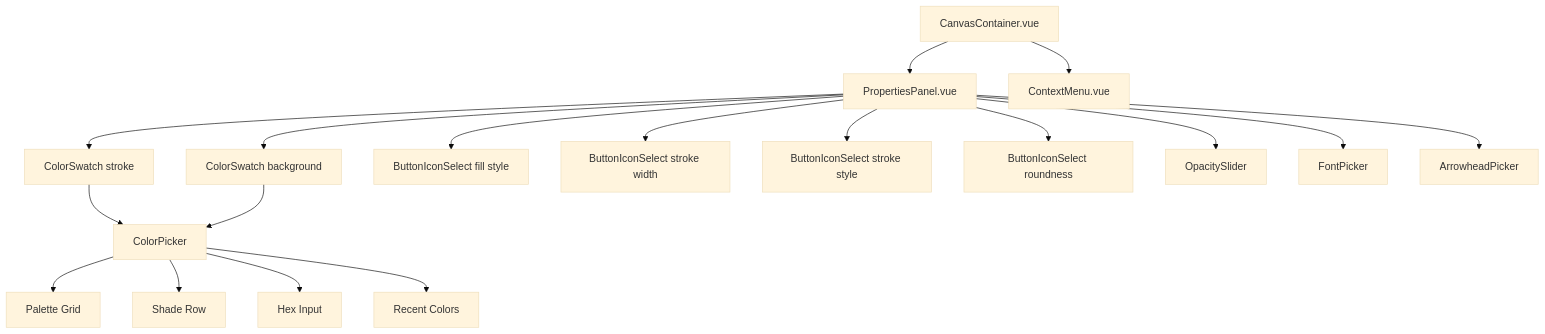
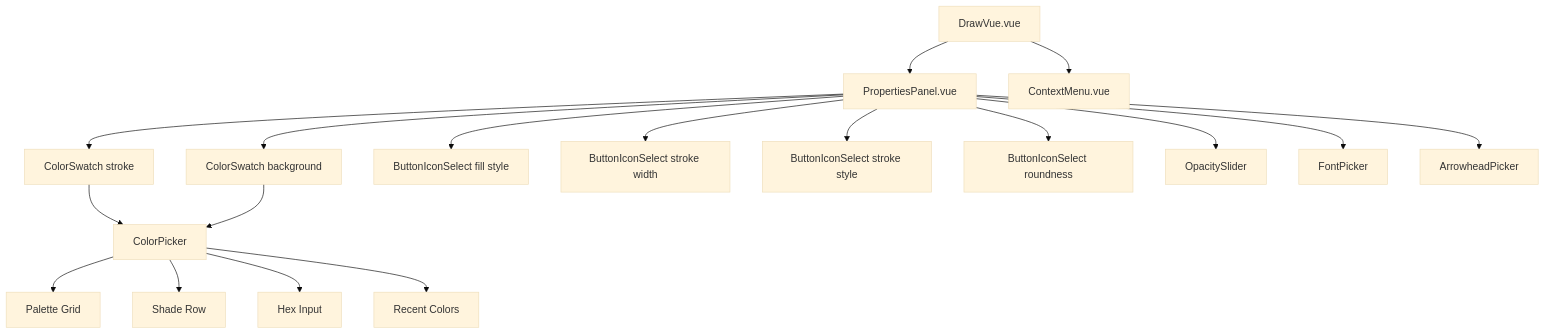
Before and after one commit to alexanderop/excalidrawNuxt: the first of 4 diagrams in docs/context-menu-properties-spec.md, drawn with Mermaid (base theme). The commit also changed other lines of this file and 52 other files, not shown here.

````diff
--- a/docs/context-menu-properties-spec.md
+++ b/docs/context-menu-properties-spec.md
@@ -566,23 +566,23 @@
 ```mermaid
 graph TD
-    CC[CanvasContainer.vue] --> PP[PropertiesPanel.vue]
+    CC[DrawVue.vue] --> PP[PropertiesPanel.vue]
     CC --> CM[ContextMenu.vue]
 
     PP --> CS1[ColorSwatch stroke]
     PP --> CS2[ColorSwatch background]
     PP --> BIS1[ButtonIconSelect fill style]
     PP --> BIS2[ButtonIconSelect stroke width]
     PP --> BIS3[ButtonIconSelect stroke style]
     PP --> BIS4[ButtonIconSelect roundness]
     PP --> OS[OpacitySlider]
     PP --> FP[FontPicker]
     PP --> AHP[ArrowheadPicker]
 
     CS1 --> CP[ColorPicker]
     CS2 --> CP
 
     CP --> Palette[Palette Grid]
     CP --> Shades[Shade Row]
     CP --> HexInput[Hex Input]
     CP --> Recents[Recent Colors]
 ```
````
